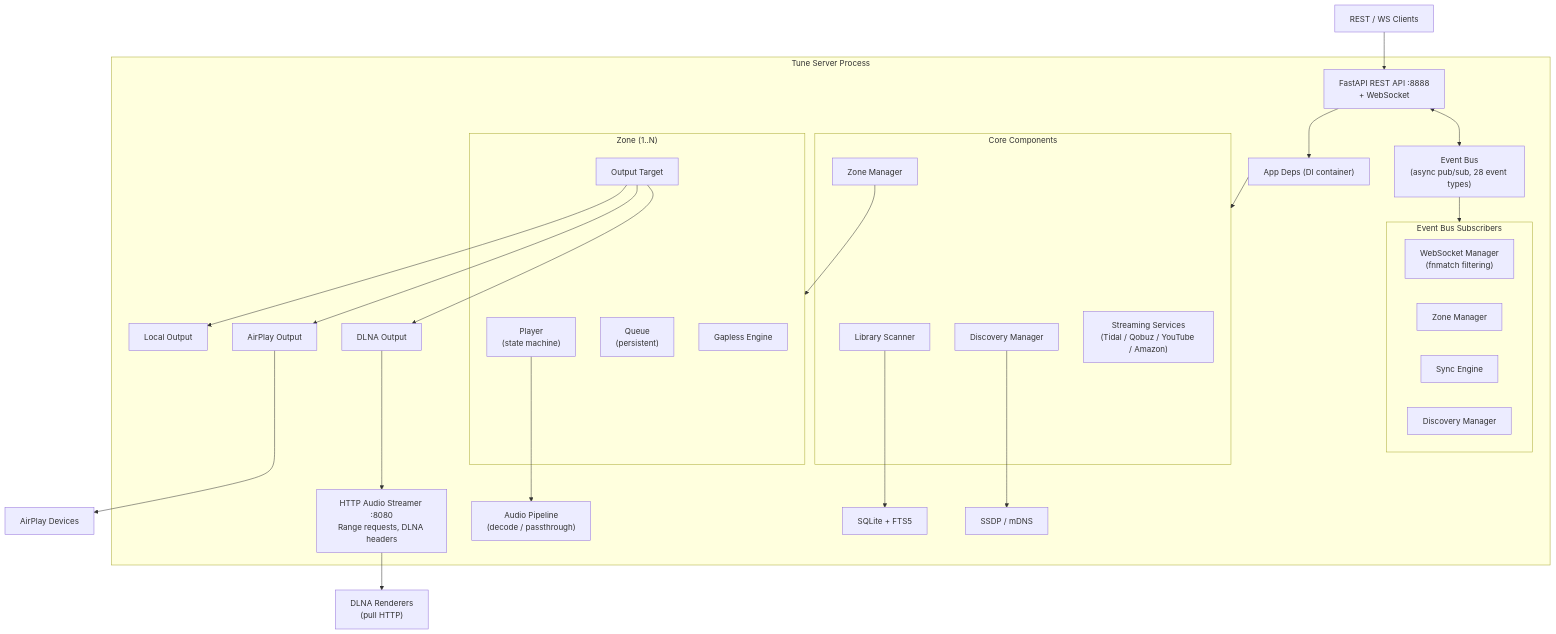
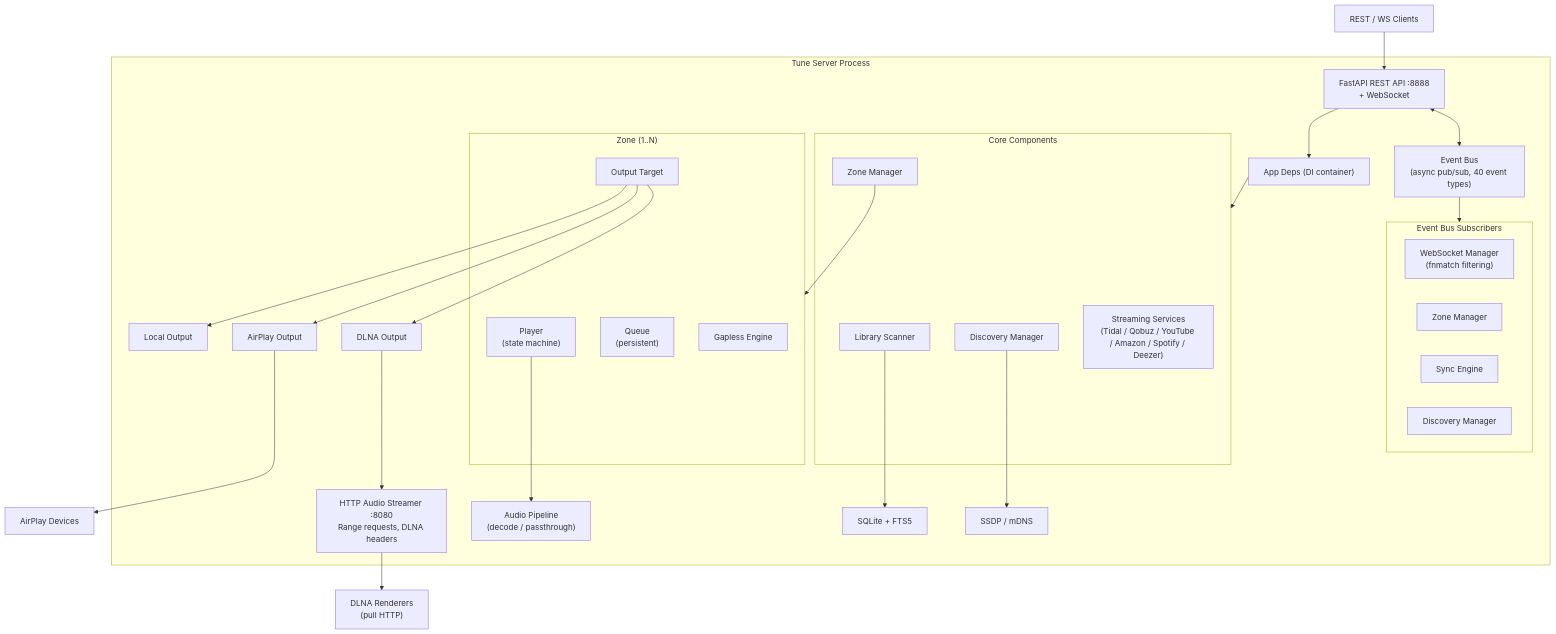
The first of 10 diagrams in docs/architecture.md (renesenses/tune-server-linux), drawn with Mermaid before and after one commit. The commit also changed other lines of this file and 9 other files, not shown here.

First line of the commit message:
docs: update all docs and add Tidal/Qobuz/Amazon setup guides

````diff
--- a/docs/architecture.md
+++ b/docs/architecture.md
@@ -13,50 +13,50 @@
 ```mermaid
 graph TD
     subgraph Process["Tune Server Process"]
         API["FastAPI REST API :8888<br>+ WebSocket"]
-        BUS["Event Bus<br>(async pub/sub, 28 event types)"]
+        BUS["Event Bus<br>(async pub/sub, 40 event types)"]
         DEPS["App Deps (DI container)"]
 
         API <--> BUS
         API --> DEPS
 
         subgraph Subscribers["Event Bus Subscribers"]
             direction LR
             WS_SUB["WebSocket Manager<br>(fnmatch filtering)"]
             ZM_SUB["Zone Manager"]
             SYNC_SUB["Sync Engine"]
             DISC_SUB["Discovery Manager"]
         end
         BUS --> Subscribers
 
         subgraph Core["Core Components"]
             LIB["Library Scanner"]
             ZM["Zone Manager"]
             DISC["Discovery Manager"]
-            STREAMING["Streaming Services<br>(Tidal / Qobuz / YouTube / Amazon)"]
+            STREAMING["Streaming Services<br>(Tidal / Qobuz / YouTube / Amazon / Spotify / Deezer)"]
         end
         DEPS --> Core
 
         LIB --> DB["SQLite + FTS5"]
         DISC --> SSDP_MDNS["SSDP / mDNS"]
 
         subgraph Zones["Zone (1..N)"]
             PLAYER["Player<br>(state machine)"]
             QUEUE["Queue<br>(persistent)"]
             GAPLESS["Gapless Engine"]
             OUTPUT["Output Target"]
         end
         ZM --> Zones
 
         PLAYER --> PIPELINE["Audio Pipeline<br>(decode / passthrough)"]
         OUTPUT --> DLNA["DLNA Output"]
         OUTPUT --> AIRPLAY["AirPlay Output"]
         OUTPUT --> LOCAL["Local Output"]
 
         DLNA --> HTTP["HTTP Audio Streamer :8080<br>Range requests, DLNA headers"]
     end
 
     CLIENTS["REST / WS Clients"] --> API
     HTTP --> DMR["DLNA Renderers<br>(pull HTTP)"]
     AIRPLAY --> AIRDEV["AirPlay Devices"]
 ```
````
